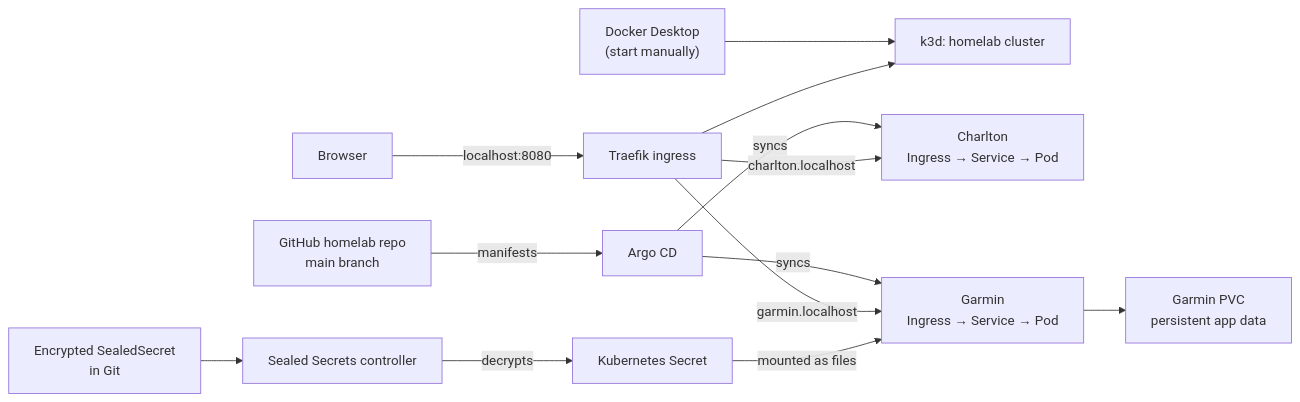
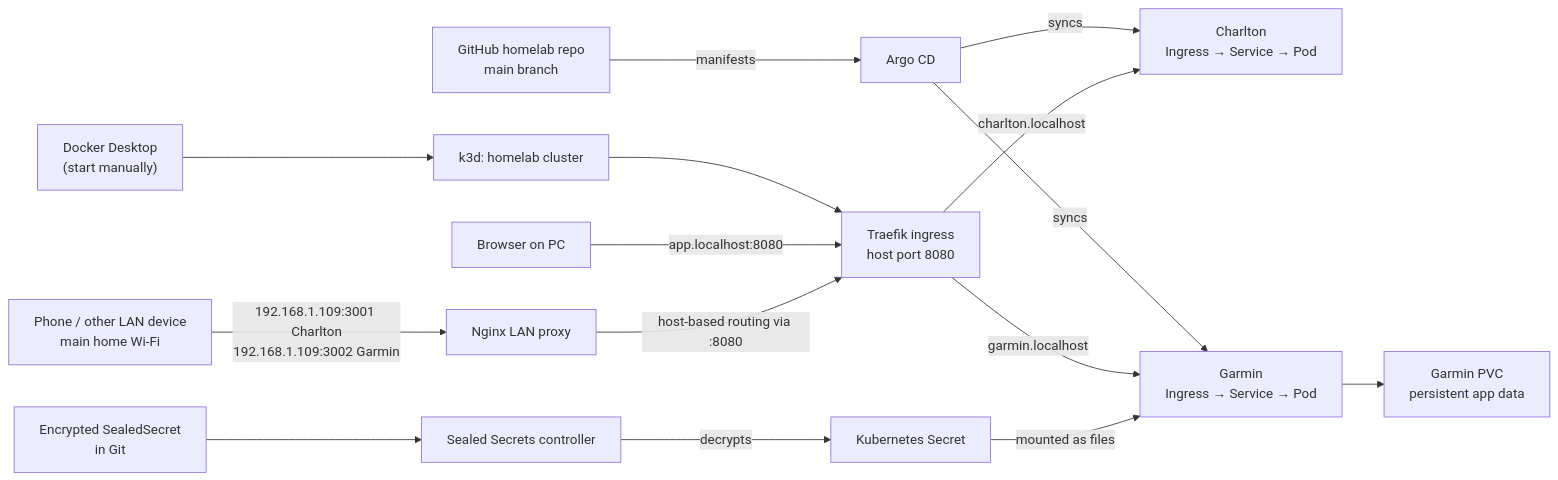
One commit to MATTHEWTAYLOR1995/homelab changed the diagram in README.md. Above: the diagram before and after it, drawn with Mermaid.

Commit message:
Initial push for garmin

````diff
--- a/README.md
+++ b/README.md
@@ -7,17 +7,19 @@
 ```mermaid
 flowchart LR
-  browser["Browser"] -->|localhost:8080| traefik["Traefik ingress"]
   docker["Docker Desktop<br/>(start manually)"] --> k3d["k3d: homelab cluster"]
-  traefik --> k3d
+  k3d --> traefik["Traefik ingress<br/>host port 8080"]
+  browser["Browser on PC"] -->|app.localhost:8080| traefik
+  phone["Phone / other LAN device<br/>main home Wi-Fi"] -->|192.168.1.109:3001 Charlton<br/>192.168.1.109:3002 Garmin| proxy["Nginx LAN proxy"]
+  proxy -->|host-based routing via :8080| traefik
 
   github["GitHub homelab repo<br/>main branch"] -->|manifests| argocd["Argo CD"]
   argocd -->|syncs| charlton["Charlton<br/>Ingress → Service → Pod"]
   argocd -->|syncs| garmin["Garmin<br/>Ingress → Service → Pod"]
   traefik -->|charlton.localhost| charlton
   traefik -->|garmin.localhost| garmin
 
   sealed["Encrypted SealedSecret<br/>in Git"] --> controller["Sealed Secrets controller"]
   controller -->|decrypts| secret["Kubernetes Secret"]
   secret -->|mounted as files| garmin
   garmin --> pvc["Garmin PVC<br/>persistent app data"]
 ```
````
